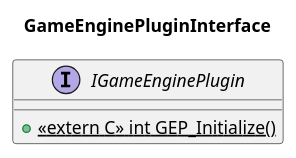
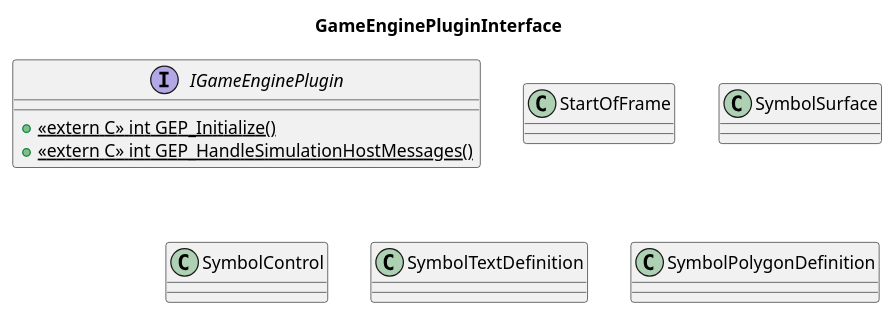
The diagram in GameEnginePlugin/Docs/SourceDiagrams/GameEnginePluginInterface-Class.plantuml (stevostj/Sandbox), drawn with PlantUML before and after one commit. The commit also changed 8 other files, not shown here.

```diff
--- a/GameEnginePlugin/Docs/SourceDiagrams/GameEnginePluginInterface-Class.plantuml
+++ b/GameEnginePlugin/Docs/SourceDiagrams/GameEnginePluginInterface-Class.plantuml
@@ -1,9 +1,31 @@
 @startuml
 
 title "GameEnginePluginInterface"
 
 interface "IGameEnginePlugin"  as IGEP {
     + {static} <<extern C>> int GEP_Initialize()
+    + {static} <<extern C>> int GEP_HandleSimulationHostMessages()
+
+}
+
+class "StartOfFrame" {
+
+}
+
+class "SymbolSurface" {
+
+}
+
+class "SymbolControl" {
+
+}
+
+class "SymbolTextDefinition" {
+
+}
+
+class "SymbolPolygonDefinition" {
+    
 }
 
 @enduml
```
